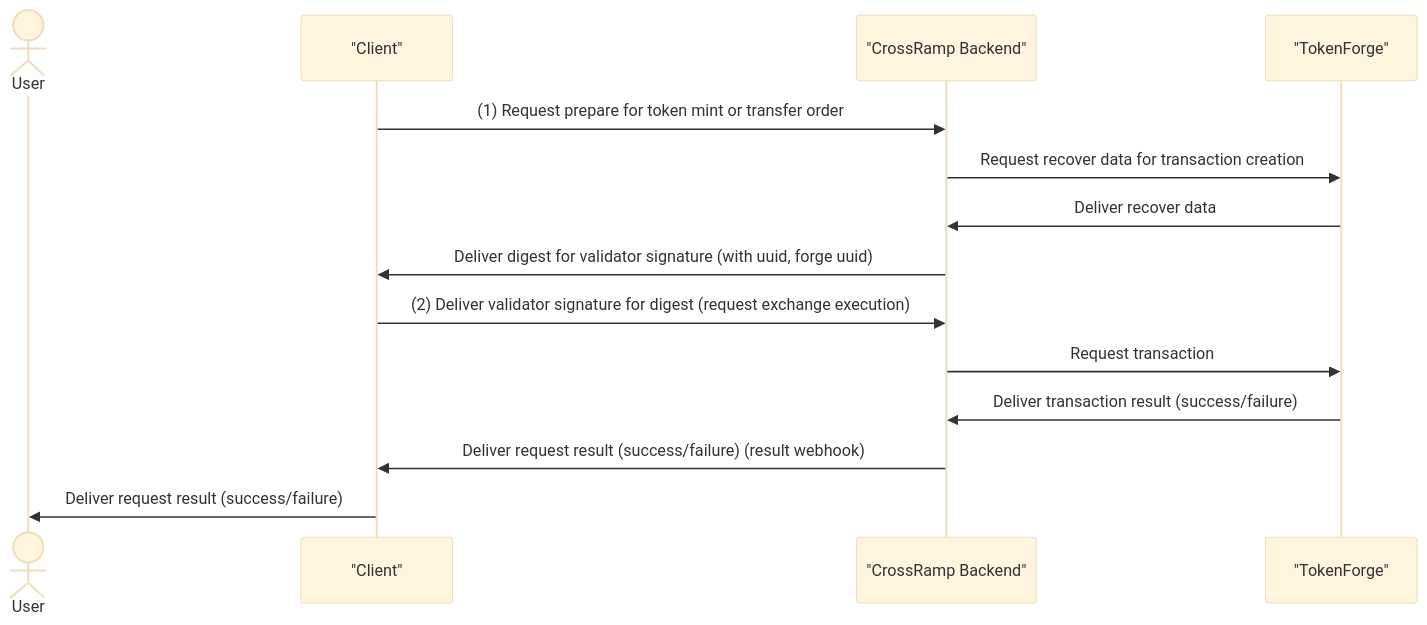
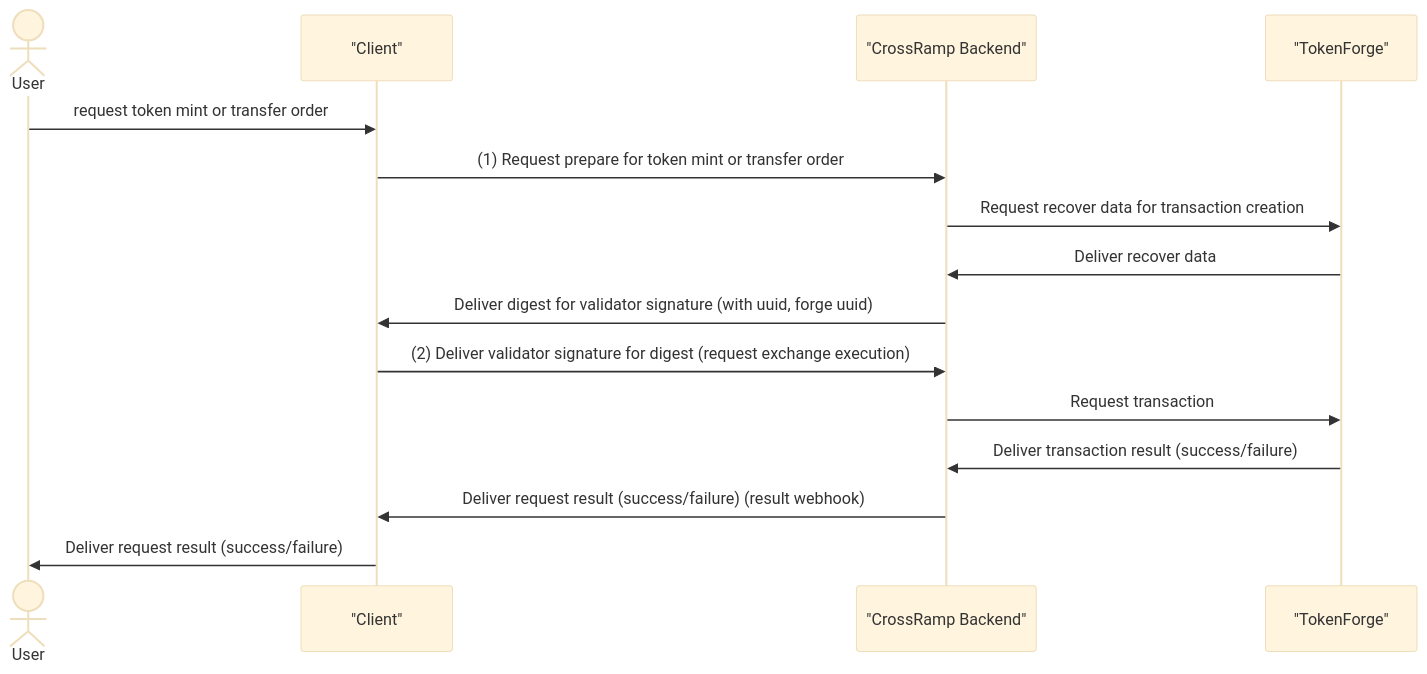
One commit to to-nexus/cross-ramp-integration-sample changed the second of 2 diagrams in GUIDE.md. Above: the diagram before and after it, drawn with Mermaid (base theme). The commit also changed 1 other file, not shown here.

Commit message:
Chore: add user -> client

````diff
--- a/GUIDE.md
+++ b/GUIDE.md
@@ -507,17 +507,19 @@
 ```mermaid
 sequenceDiagram
     actor User
     participant Client as "Client"
     participant Backend as "CrossRamp Backend"
     participant TokenForge as "TokenForge"
+
+    User->>Client: request token mint or transfer order
 
     Client->>Backend: (1) Request prepare for token mint or transfer order
     Backend->>TokenForge: Request recover data for transaction creation
     TokenForge->>Backend: Deliver recover data
     Backend->>Client: Deliver digest for validator signature (with uuid, forge uuid)
     Client->>Backend: (2) Deliver validator signature for digest (request exchange execution)
     Backend->>TokenForge: Request transaction
     TokenForge->>Backend: Deliver transaction result (success/failure)
     Backend->>Client: Deliver request result (success/failure) (result webhook)
     Client->>User: Deliver request result (success/failure)
 ```
````
